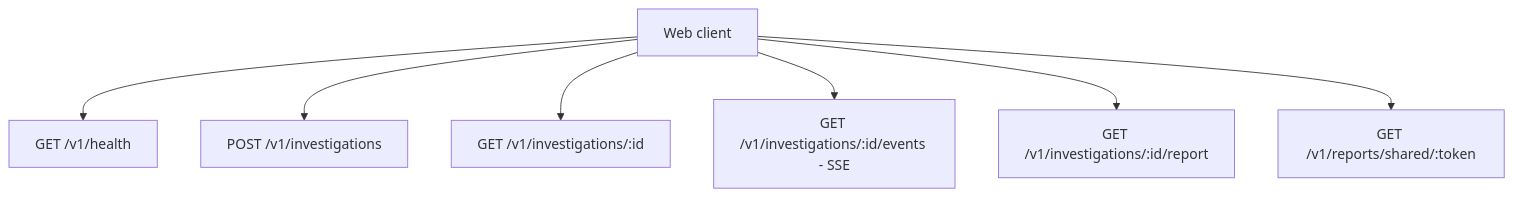
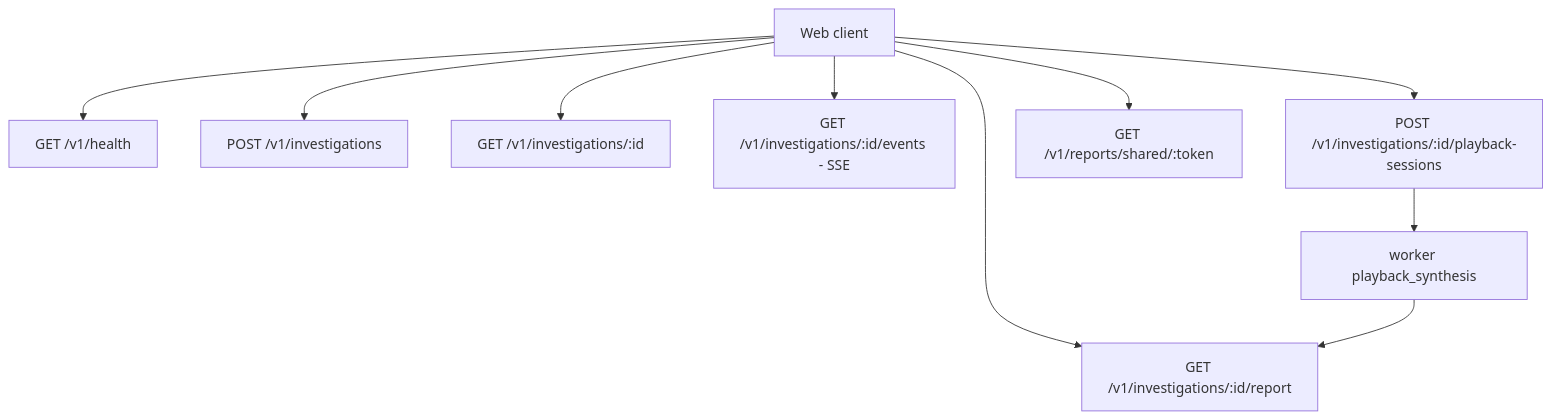
One commit to gugaio/videoharness changed the diagram in docs/api.md. Above: the diagram before and after it, drawn with Mermaid. The commit also changed other lines of this file and 26 other files, not shown here.

First line of the commit message:
feat(playback): browser HLS validation with telemetry and AI re-synthesis

````diff
--- a/docs/api.md
+++ b/docs/api.md
@@ -9,9 +9,12 @@
 ```mermaid
 flowchart TD
     Client[Web client] --> Health[GET /v1/health]
     Client --> Create[POST /v1/investigations]
     Client --> Detail[GET /v1/investigations/:id]
     Client --> Events[GET /v1/investigations/:id/events - SSE]
     Client --> Report[GET /v1/investigations/:id/report]
+    Client --> Playback[POST /v1/investigations/:id/playback-sessions]
+    Playback --> Review[worker playback_synthesis]
+    Review --> Report
     Client --> Share[GET /v1/reports/shared/:token]
 ```
````
